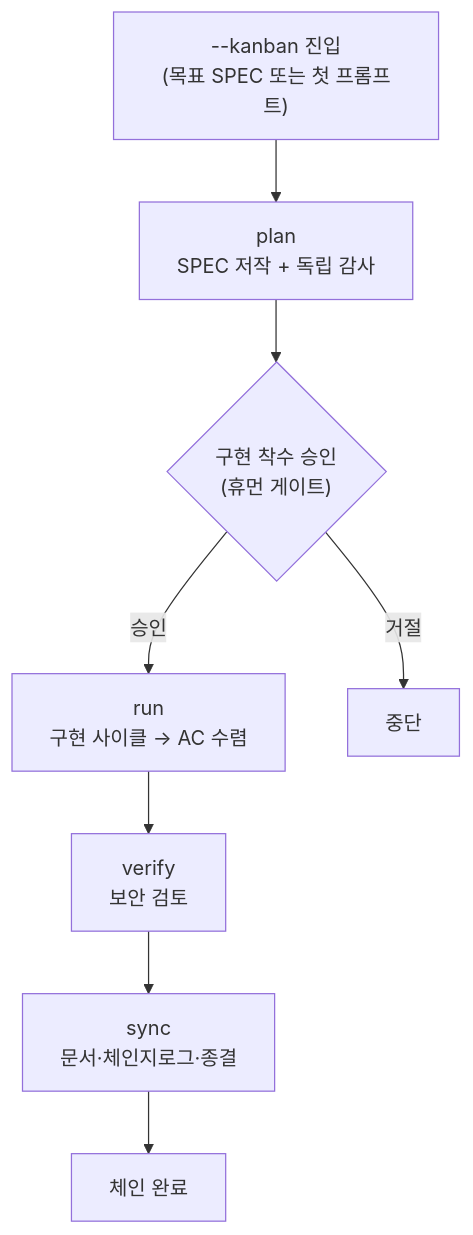
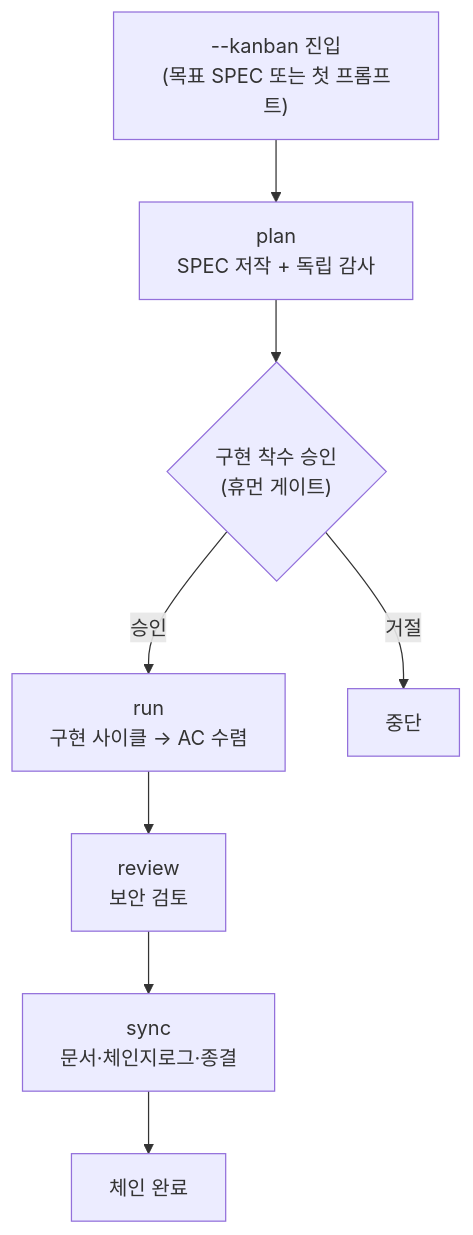
The second of 2 diagrams in docs-site/content/ko/advanced/kanban-mode.md (modu-ai/moai-adk), drawn with Mermaid before and after one commit. The commit also changed other lines of this file and 7 other files, not shown here.

````diff
--- a/docs-site/content/ko/advanced/kanban-mode.md
+++ b/docs-site/content/ko/advanced/kanban-mode.md
@@ -200,10 +200,10 @@
 ```mermaid
 flowchart TD
     Entry["--kanban 진입<br/>(목표 SPEC 또는 첫 프롬프트)"] --> Plan["plan<br/>SPEC 저작 + 독립 감사"]
     Plan --> Gate1{"구현 착수 승인<br/>(휴먼 게이트)"}
     Gate1 -->|"승인"| Run["run<br/>구현 사이클 → AC 수렴"]
     Gate1 -->|"거절"| Stop1["중단"]
-    Run --> Verify["verify<br/>보안 검토"]
-    Verify --> Sync["sync<br/>문서·체인지로그·종결"]
+    Run --> Review["review<br/>보안 검토"]
+    Review --> Sync["sync<br/>문서·체인지로그·종결"]
     Sync --> Done["체인 완료"]
 ```
````
